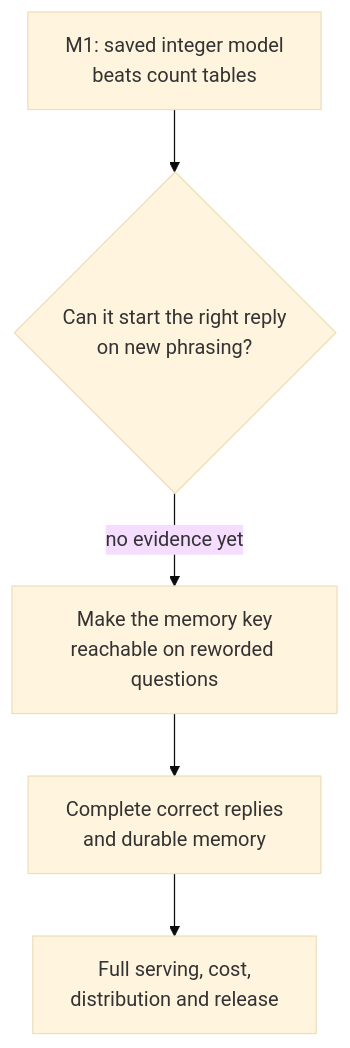
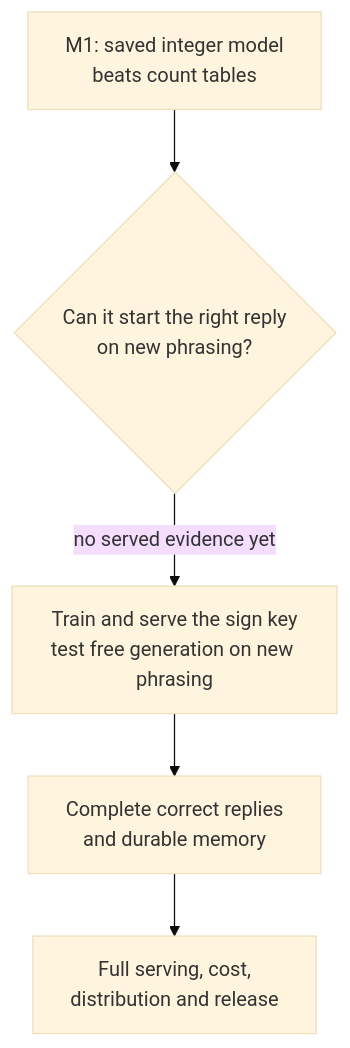
One commit to UOR-Foundation/uor-r4 changed the diagram in docs/research/open-questions.md. Above: the diagram before and after it, drawn with Mermaid (base theme). The commit also changed other lines of this file and 21 other files, not shown here.

Commit message:
[kimi] record merged memory-key evidence

````diff
--- a/docs/research/open-questions.md
+++ b/docs/research/open-questions.md
@@ -8,7 +8,7 @@
 ```mermaid
 flowchart TD
   A["M1: saved integer model<br/>beats count tables"] --> B{"Can it start the right reply<br/>on new phrasing?"}
-  B -- "no evidence yet" --> M["Make the memory key<br/>reachable on reworded questions"]
+  B -- "no served evidence yet" --> M["Train and serve the sign key<br/>test free generation on new phrasing"]
   M --> R["Complete correct replies<br/>and durable memory"]
   R --> S["Full serving, cost,<br/>distribution and release"]
 ```
````
